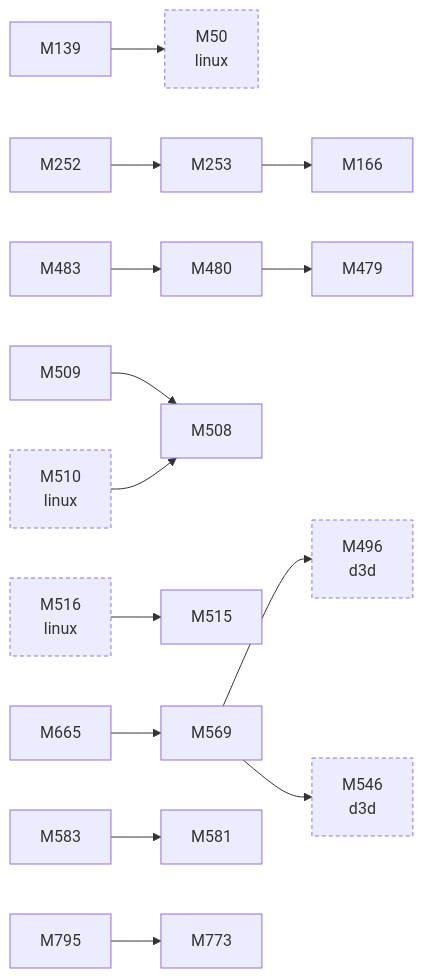
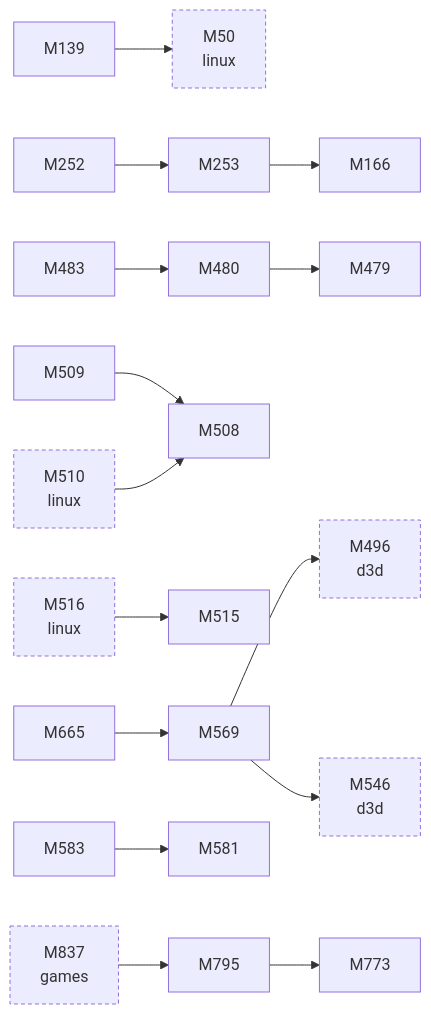
Before and after one commit to D-Ogi/amdgpu-wddm: the second of 2 diagrams in docs/facts/graphs/icd.md, drawn with Mermaid. The commit also changed 121 other files, not shown here.

````diff
--- a/docs/facts/graphs/icd.md
+++ b/docs/facts/graphs/icd.md
@@ -26,39 +26,41 @@
 ```mermaid
 flowchart LR
   M50["M50<br/>linux"]
   M139["M139"]
   M166["M166"]
   M252["M252"]
   M253["M253"]
   M479["M479"]
   M480["M480"]
   M483["M483"]
   M496["M496<br/>d3d"]
   M508["M508"]
   M509["M509"]
   M510["M510<br/>linux"]
   M515["M515"]
   M516["M516<br/>linux"]
   M546["M546<br/>d3d"]
   M569["M569"]
   M581["M581"]
   M583["M583"]
   M665["M665"]
   M773["M773"]
   M795["M795"]
+  M837["M837<br/>games"]
   M139 --> M50
   M252 --> M253
   M253 --> M166
   M480 --> M479
   M483 --> M480
   M509 --> M508
   M569 --> M496
   M569 --> M546
   M583 --> M581
   M665 --> M569
   M795 --> M773
+  M837 --> M795
   M510 --> M508
   M516 --> M515
   classDef other stroke-dasharray:4 3
-  class M50,M496,M510,M516,M546 other
+  class M50,M496,M510,M516,M546,M837 other
 ```
````
